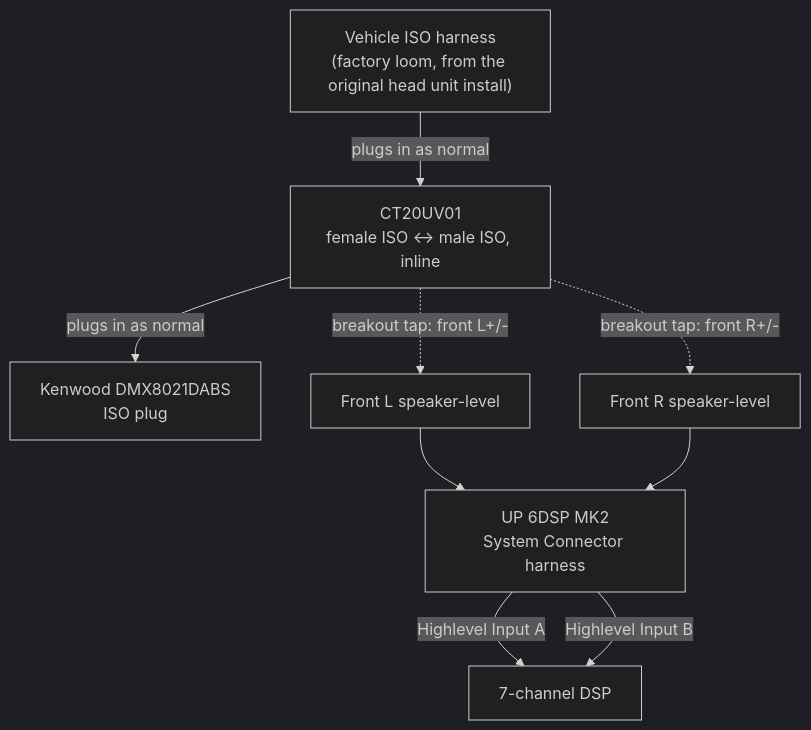
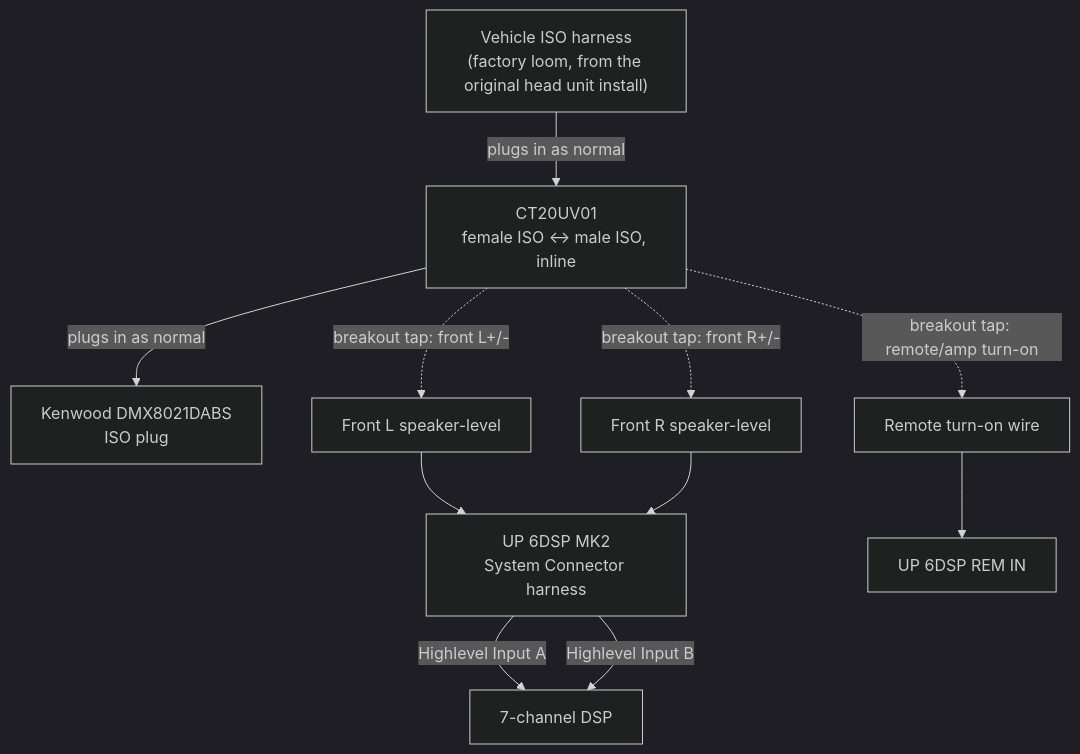
Before and after one commit to badsyntax/jimny-sound: the second of 3 diagrams in AUDIO-UPGRADE.md, drawn with Mermaid (dark theme). The commit also changed other lines of this file, not shown here.

First line of the commit message:
Fix Y-lead direction and switch to explicit remote turn-on wire

````diff
--- a/AUDIO-UPGRADE.md
+++ b/AUDIO-UPGRADE.md
@@ -97,12 +97,14 @@
 ```mermaid
 flowchart TD
     CAR["Vehicle ISO harness<br/>(factory loom, from the original head unit install)"]
     CAR -->|"plugs in as normal"| ADAPT["CT20UV01<br/>female ISO <-> male ISO, inline"]
     ADAPT -->|"plugs in as normal"| HU["Kenwood DMX8021DABS<br/>ISO plug"]
     ADAPT -.->|"breakout tap: front L+/-"| TAPFL["Front L speaker-level"]
     ADAPT -.->|"breakout tap: front R+/-"| TAPFR["Front R speaker-level"]
+    ADAPT -.->|"breakout tap: remote/amp turn-on"| TAPREM["Remote turn-on wire"]
     TAPFL --> SYSCONN["UP 6DSP MK2<br/>System Connector harness"]
     TAPFR --> SYSCONN
     SYSCONN -->|"Highlevel Input A"| DSPIN["7-channel DSP"]
     SYSCONN -->|"Highlevel Input B"| DSPIN
+    TAPREM --> AMPREMIN["UP 6DSP REM IN"]
 ```
````
